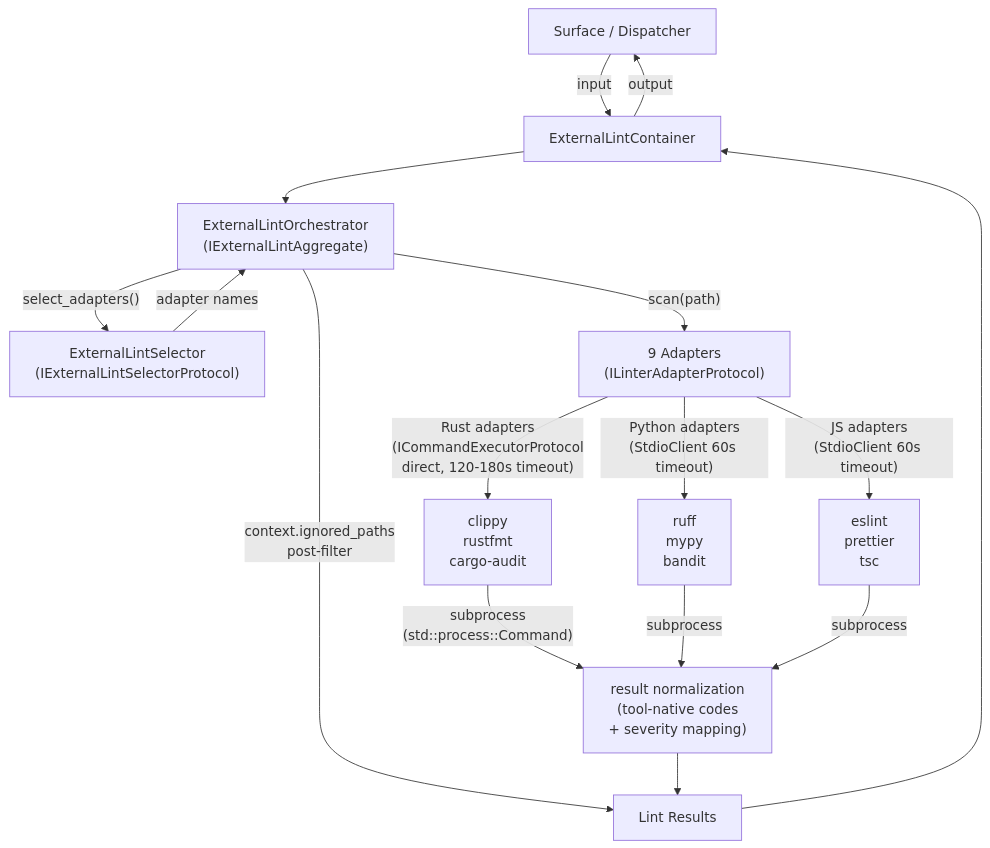
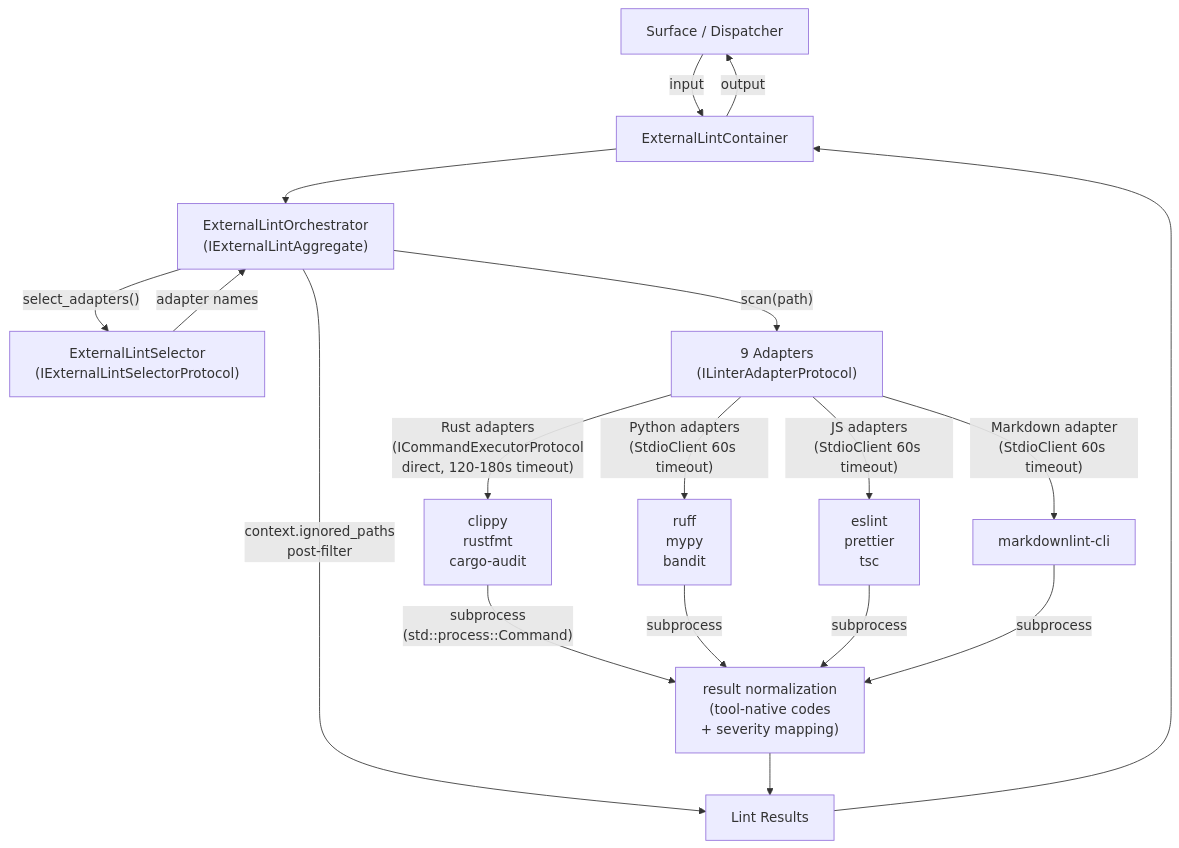
One commit to rakaarwaky/lint-arwaky changed the diagram in crates/external-lint/FRD.md. Above: the diagram before and after it, drawn with Mermaid. The commit also changed other lines of this file and 22 other files, not shown here.

````diff
--- a/crates/external-lint/FRD.md
+++ b/crates/external-lint/FRD.md
@@ -21,23 +21,25 @@
 ```mermaid
 flowchart TD
     A["Surface / Dispatcher"] -->|input| B["ExternalLintContainer"]
     B --> C["ExternalLintOrchestrator\n(IExternalLintAggregate)"]
 
     C -->|"select_adapters()"| D["ExternalLintSelector\n(IExternalLintSelectorProtocol)"]
     D -->|"adapter names"| C
 
     C -->|"scan(path)"| E["9 Adapters\n(ILinterAdapterProtocol)"]
     C -->|"context.ignored_paths\npost-filter"| F["Lint Results"]
 
     E -->|"Rust adapters\n(ICommandExecutorProtocol\ndirect, 120-180s timeout)"| R["clippy\nrustfmt\ncargo-audit"]
     E -->|"Python adapters\n(StdioClient 60s timeout)"| P["ruff\nmypy\nbandit"]
     E -->|"JS adapters\n(StdioClient 60s timeout)"| J["eslint\nprettier\ntsc"]
+    E -->|"Markdown adapter\n(StdioClient 60s timeout)"| M["markdownlint-cli"]
 
     R -->|"subprocess\n(std::process::Command)"| G["result normalization\n(tool-native codes\n+ severity mapping)"]
     P -->|"subprocess"| G
     J -->|"subprocess"| G
+    M -->|"subprocess"| G
 
     G --> F
     F --> B
     B -->|output| A
 ```
````
